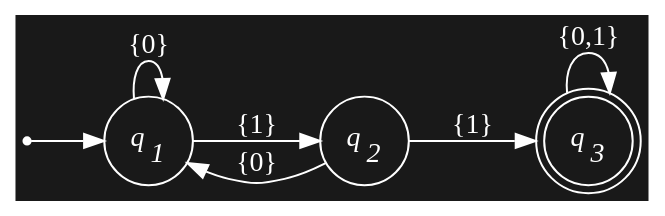
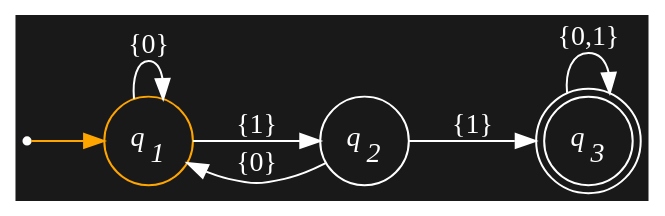
One commit to cd-public/compute changed the second of 9 diagrams in qmd/src/starfa.qmd. Above: the diagram before and after it, drawn with Graphviz. The commit also changed other lines of this file and 78 other files, not shown here.

````diff
--- a/qmd/src/starfa.qmd
+++ b/qmd/src/starfa.qmd
@@ -200,30 +191,31 @@
 ```{dot filename="Finite Automata"}
 //| fig-width: 50%
+//| echo: false
 digraph finite_automata {
   rankdir=LR;
   bgcolor="#191919";
 
   node [
       fontcolor = "#ffffff",
       color = "#ffffff",
   ]
 
   edge [
       color = "#ffffff",
       fontcolor = "#ffffff"
   ]
 
   node [shape=circle];
   q0 [label="",shape=point]; 
-  q1 [label=<<I>q<SUB>1</SUB></I>>];
+  q1 [label=<<I>q<SUB>1</SUB></I>>, color="orange"];
   q2 [label=<<I>q<SUB>2</SUB></I>>];
   q3 [label=<<I>q<SUB>3</SUB></I>>, shape=doublecircle]; 
 
-  q0 -> q1
+  q0 -> q1 [color="orange"]
   q1 -> q1 [label="{0}"];
   q1 -> q2 [label="{1}"];
   q2 -> q1 [label="{0}"];
   q2 -> q3 [label="{1}"];
   q3 -> q3 [label="{0,1}"];
 }
 ```
````
